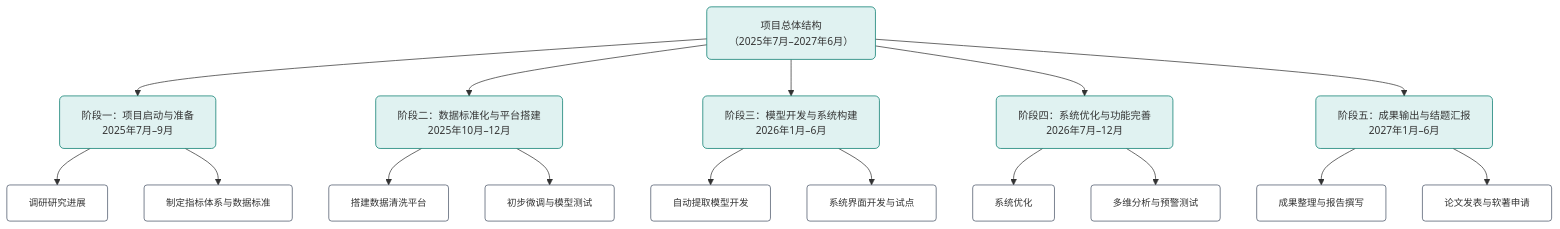
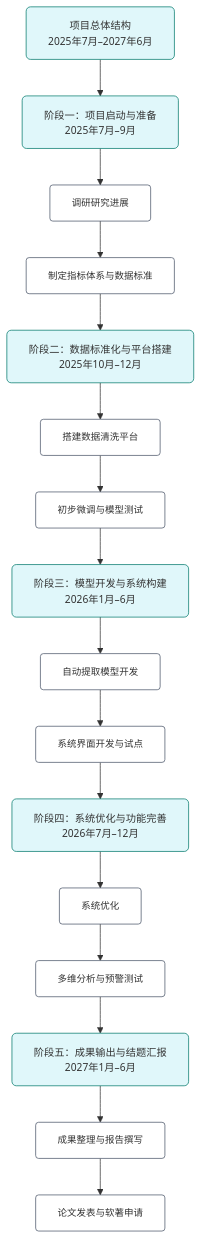
One commit to qianlei0007/iodraw-files changed the diagram in all/未命名-2.md. Above: the diagram before and after it, drawn with Mermaid.

Commit message:
2025-04-24 11:40:02 update

````diff
--- a/all/未命名-2.md
+++ b/all/未命名-2.md
@@ -1,33 +1,37 @@
 ```mermaid
 flowchart TD
-    %% === 顶层架构 ===
-    A[项目总体结构<br>（2025年7月–2027年6月）]
+    %% === 总体项目节点 ===
+    A[项目总体结构<br>2025年7月–2027年6月]
 
+    %% === 阶段一 ===
     A --> B1[阶段一：项目启动与准备<br>2025年7月–9月]
     B1 --> C1[调研研究进展]
-    B1 --> C2[制定指标体系与数据标准]
+    C1 --> C2[制定指标体系与数据标准]
 
-    A --> B2[阶段二：数据标准化与平台搭建<br>2025年10月–12月]
+    %% === 阶段二 ===
+    C2 --> B2[阶段二：数据标准化与平台搭建<br>2025年10月–12月]
     B2 --> C3[搭建数据清洗平台]
-    B2 --> C4[初步微调与模型测试]
+    C3 --> C4[初步微调与模型测试]
 
-    A --> B3[阶段三：模型开发与系统构建<br>2026年1月–6月]
+    %% === 阶段三 ===
+    C4 --> B3[阶段三：模型开发与系统构建<br>2026年1月–6月]
     B3 --> C5[自动提取模型开发]
-    B3 --> C6[系统界面开发与试点]
+    C5 --> C6[系统界面开发与试点]
 
-    A --> B4[阶段四：系统优化与功能完善<br>2026年7月–12月]
+    %% === 阶段四 ===
+    C6 --> B4[阶段四：系统优化与功能完善<br>2026年7月–12月]
     B4 --> C7[系统优化]
-    B4 --> C8[多维分析与预警测试]
+    C7 --> C8[多维分析与预警测试]
 
-    A --> B5[阶段五：成果输出与结题汇报<br>2027年1月–6月]
+    %% === 阶段五 ===
+    C8 --> B5[阶段五：成果输出与结题汇报<br>2027年1月–6月]
     B5 --> C9[成果整理与报告撰写]
-    B5 --> C10[论文发表与软著申请]
+    C9 --> C10[论文发表与软著申请]
 
-    %% === 样式设置 ===
-    classDef stage fill:#e0f2f1,stroke:#00796b,stroke-width:1px,rx:6px,ry:6px,font-size:14px
+    %% === 样式定义 ===
+    classDef stage fill:#e0f7fa,stroke:#00796b,stroke-width:1px,rx:6px,ry:6px,font-size:14px
     classDef task fill:#ffffff,stroke:#4a5568,stroke-width:1px,rx:4px,ry:4px,font-size:13px
-    class A stage
-    class B1,B2,B3,B4,B5 stage
+    class A,B1,B2,B3,B4,B5 stage
     class C1,C2,C3,C4,C5,C6,C7,C8,C9,C10 task
 
 ```
````
